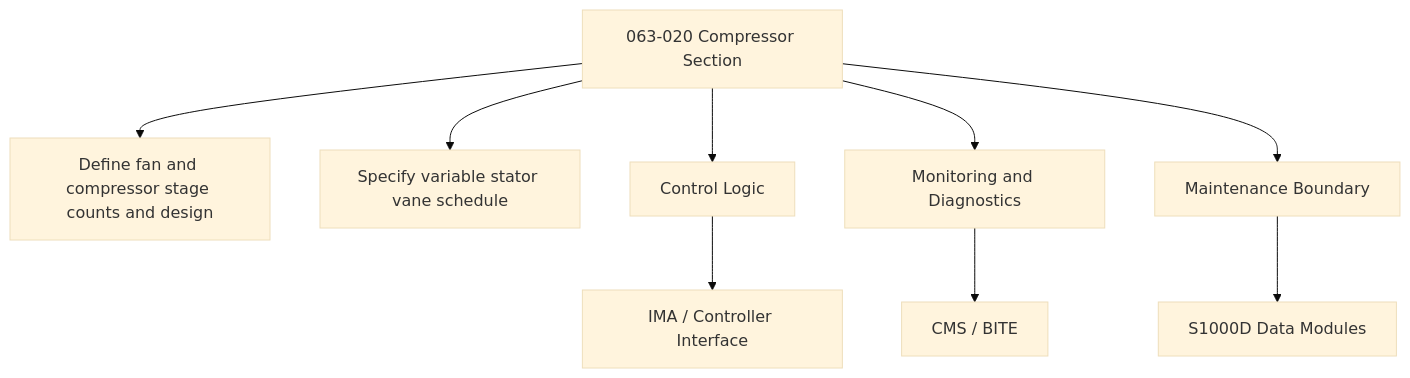
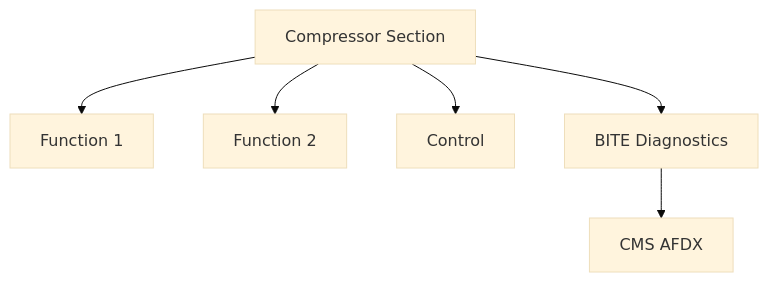
Before and after one commit to AmedeoPelliccia/Qplus-For-All-Queer-People-and-Quantum: the second of 2 diagrams in Q+ATLANTIDE/000-099_ATLAS/060-069_Propulsion-Tradicional/063_Engine-Turbine/063-020-Compressor-Section.md, drawn with Mermaid (base theme). The commit also changed other lines of this file and 74 other files, not shown here.

````diff
--- a/Q+ATLANTIDE/000-099_ATLAS/060-069_Propulsion-Tradicional/063_Engine-Turbine/063-020-Compressor-Section.md
+++ b/Q+ATLANTIDE/000-099_ATLAS/060-069_Propulsion-Tradicional/063_Engine-Turbine/063-020-Compressor-Section.md
@@ -172,11 +96,8 @@
 ```mermaid
 flowchart TB
-    SYS[063-020 Compressor Section] --> F1[Define fan and compressor stage counts and design]
-    SYS --> F2[Specify variable stator vane schedule]
-    SYS --> CTRL[Control Logic]
-    SYS --> MON[Monitoring and Diagnostics]
-    SYS --> MAINT[Maintenance Boundary]
-    CTRL --> IMA[IMA / Controller Interface]
-    MON --> CMS[CMS / BITE]
-    MAINT --> CSDB[S1000D Data Modules]
+    SYS[Compressor Section] --> F1[Function 1]
+    SYS --> F2[Function 2]
+    SYS --> CTRL[Control]
+    SYS --> MON[BITE Diagnostics]
+    MON --> CMS[CMS AFDX]
 ```
````
